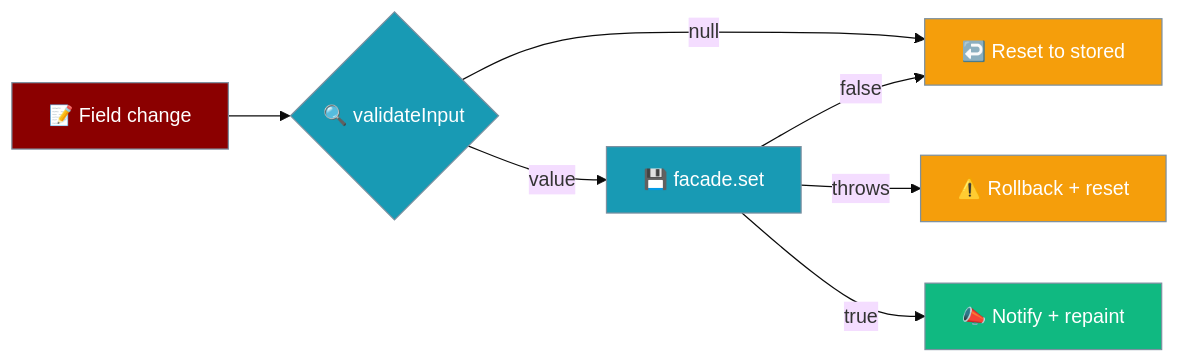
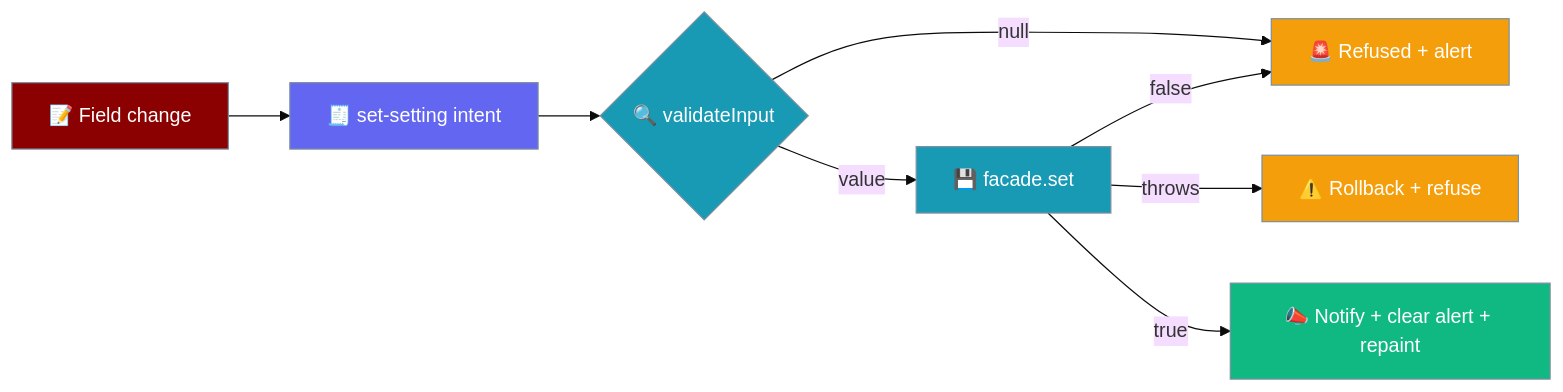
The first of 3 diagrams in docs/features/mobile/settings-screen.mdx (MervinPraison/PraisonAIDocs), drawn with Mermaid (base theme) before and after one commit. The commit also changed other lines of this file and 5 other files, not shown here.

First line of the commit message:
docs(mobile): corrected engine address takes effect without restart, refused setting is spoken (fixes #3708)

````diff
--- a/docs/features/mobile/settings-screen.mdx
+++ b/docs/features/mobile/settings-screen.mdx
@@ -10,19 +10,22 @@
 ```mermaid
 graph LR
-    Field[📝 Field change] --> Validate{🔍 validateInput}
-    Validate -->|null| Reset[↩️ Reset to stored]
+    Field[📝 Field change] --> Intent[🧾 set-setting intent]
+    Intent --> Validate{🔍 validateInput}
+    Validate -->|null| Refuse[🚨 Refused + alert]
     Validate -->|value| Set[💾 facade.set]
-    Set -->|false| Reset
-    Set -->|throws| Rollback[⚠️ Rollback + reset]
-    Set -->|true| Notify[📣 Notify + repaint]
+    Set -->|false| Refuse
+    Set -->|throws| Rollback[⚠️ Rollback + refuse]
+    Set -->|true| Notify[📣 Notify + clear alert + repaint]
 
     classDef field fill:#8B0000,stroke:#7C90A0,color:#fff
+    classDef intent fill:#6366F1,stroke:#7C90A0,color:#fff
     classDef check fill:#189AB4,stroke:#7C90A0,color:#fff
-    classDef reset fill:#F59E0B,stroke:#7C90A0,color:#fff
+    classDef refuse fill:#F59E0B,stroke:#7C90A0,color:#fff
     classDef ok fill:#10B981,stroke:#7C90A0,color:#fff
 
     class Field field
+    class Intent intent
     class Validate,Set check
-    class Reset,Rollback reset
+    class Refuse,Rollback refuse
     class Notify ok
 ```
````
